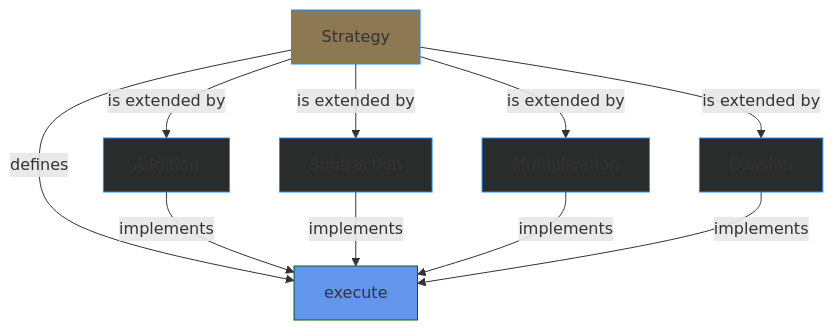
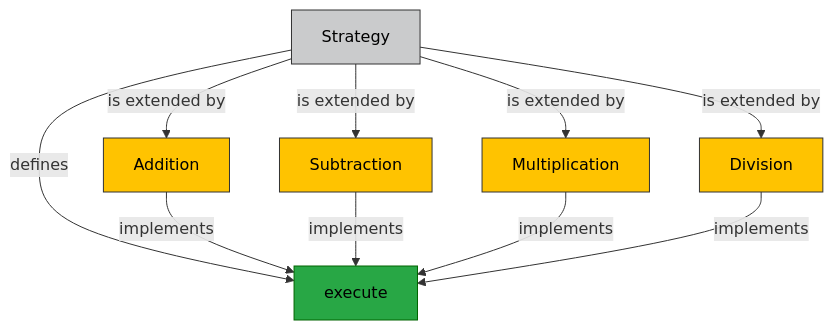
Before and after one commit to codevalve/codevalve.github.io: the diagram in _posts/2024-09-10-strategy-pattern-javascript.md, drawn with Mermaid.

Commit message:
chore(mermaid): Getting the colors 🤌

````diff
--- a/_posts/2024-09-10-strategy-pattern-javascript.md
+++ b/_posts/2024-09-10-strategy-pattern-javascript.md
@@ -17,23 +17,23 @@
 ```mermaid
 graph TD
     A[Strategy]
     A -->|defines| G[execute]
     
     B[Addition] -->|implements| G
     C[Subtraction] -->|implements| G
     D[Multiplication] -->|implements| G
     E[Division] -->|implements| G
     
     A -->|is extended by| B
     A -->|is extended by| C
     A -->|is extended by| D
     A -->|is extended by| E
     
-    style A fill:#8c7853,stroke:#1E90FF
-    style B fill:#2a2b2b,stroke:#1E90FF
-    style C fill:#2a2b2b,stroke:#1E90FF
-    style D fill:#2a2b2b,stroke:#1E90FF
-    style E fill:#2a2b2b,stroke:#1E90FF
-    style G fill:#6495ED,stroke:#006400
+    style A fill:#cacbcc,stroke:#333, color:#000000
+    style B fill:#FFC300,stroke:#333, color:#000000
+    style C fill:#FFC300,stroke:#333, color:#000000
+    style D fill:#FFC300,stroke:#333, color:#000000
+    style E fill:#FFC300,stroke:#333, color:#000000
+    style G fill:#28A745,stroke:#006400, color:#000000
 
 ```
````
